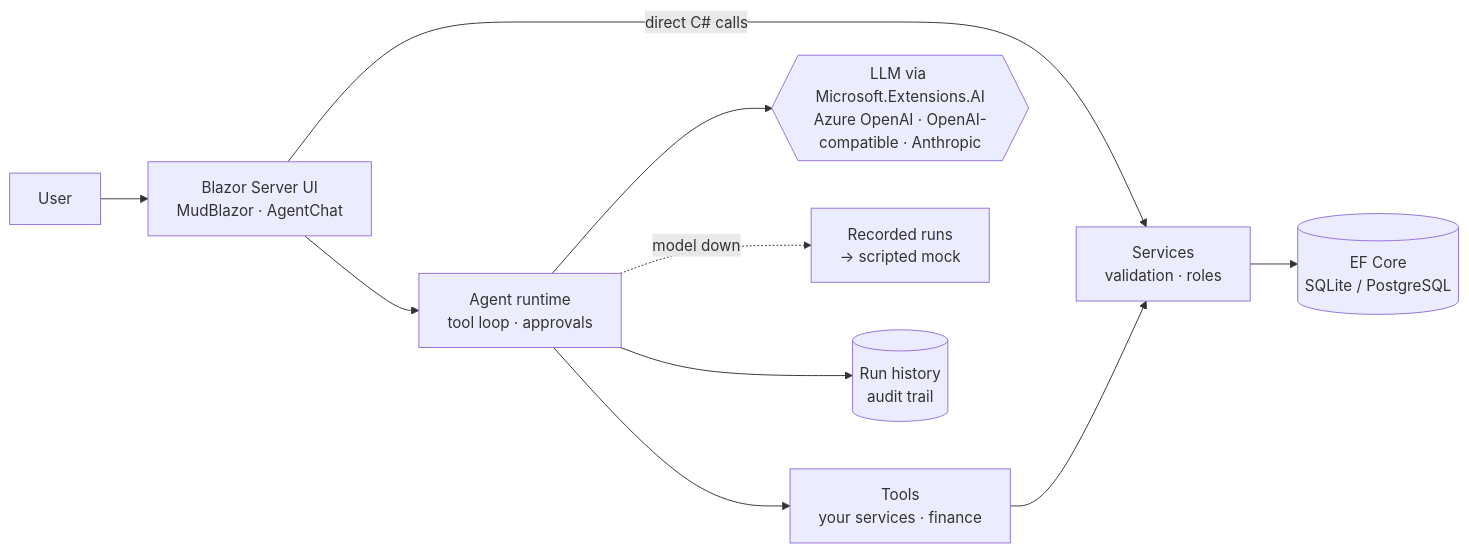
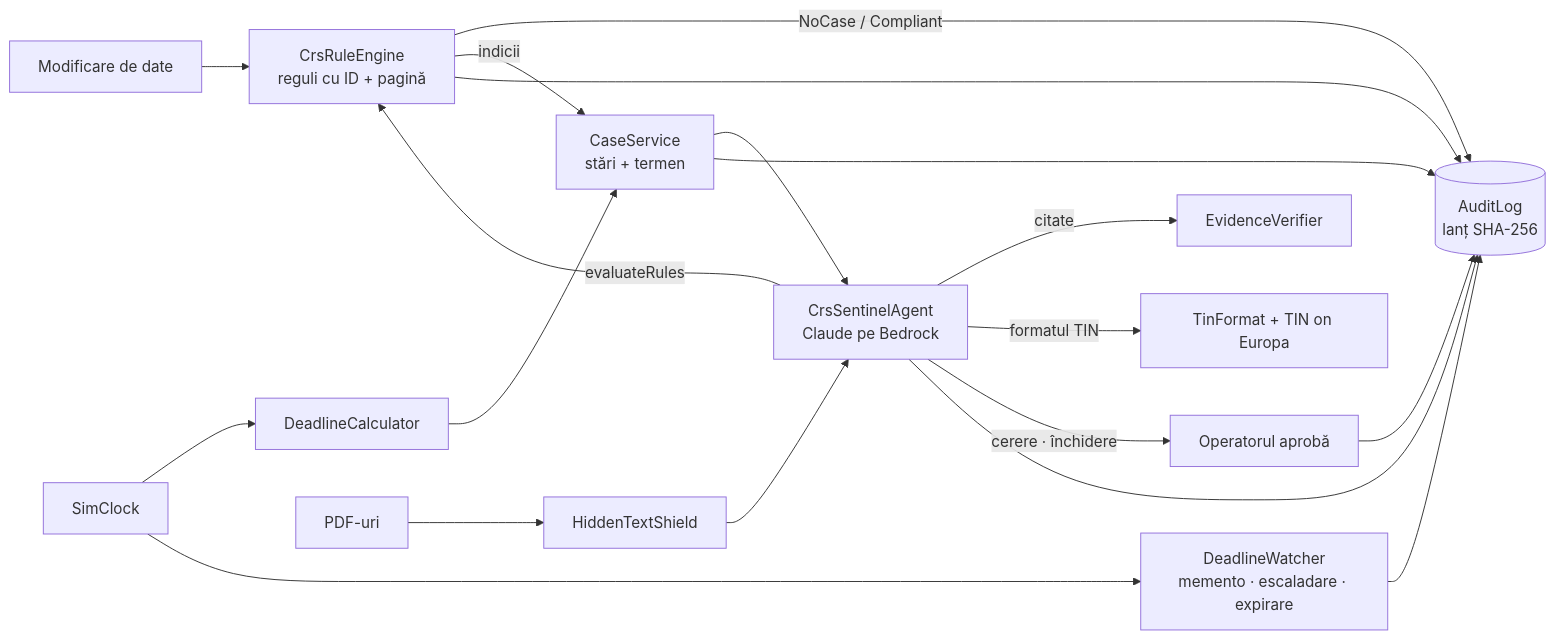
One commit to AlexandruAchilleF/nexxt-ai-summit-hackathon changed the diagram in README.md. Above: the diagram before and after it, drawn with Mermaid. The commit also changed other lines of this file and 1 other file, not shown here.

Commit message:
docs: README describes CRS Sentinel and links the Render app; template reference moved to docs/TEMPLATE.md

````diff
--- a/README.md
+++ b/README.md
@@ -69,12 +130,15 @@
 ```mermaid
 flowchart LR
-  U[User] --> W[Blazor Server UI<br/>MudBlazor · AgentChat]
-  W -- direct C# calls --> S[Services<br/>validation · roles]
-  W --> R[Agent runtime<br/>tool loop · approvals]
-  R --> T[Tools<br/>your services · finance]
-  T --> S
-  S --> D[(EF Core<br/>SQLite / PostgreSQL)]
-  R --> M{{LLM via Microsoft.Extensions.AI<br/>Azure OpenAI · OpenAI-compatible · Anthropic}}
-  R -. model down .-> P[Recorded runs<br/>→ scripted mock]
-  R --> H[(Run history<br/>audit trail)]
+  CE[Modificare de date] --> RE[CrsRuleEngine<br/>reguli cu ID + pagină]
+  RE -->|NoCase / Compliant| AU[(AuditLog<br/>lanț SHA-256)]
+  RE -->|indicii| CS[CaseService<br/>stări + termen]
+  CLK[SimClock] --> DL[DeadlineCalculator] --> CS
+  CLK --> W[DeadlineWatcher<br/>memento · escaladare · expirare]
+  DOC[PDF-uri] --> SH[HiddenTextShield] --> AG
+  CS --> AG[CrsSentinelAgent<br/>Claude pe Bedrock]
+  AG -->|citate| EV[EvidenceVerifier]
+  AG -->|formatul TIN| TIN[TinFormat + TIN on Europa]
+  AG -->|evaluateRules| RE
+  AG -->|cerere · închidere| OP[Operatorul aprobă]
+  RE & CS & AG & OP & W --> AU
 ```
````
